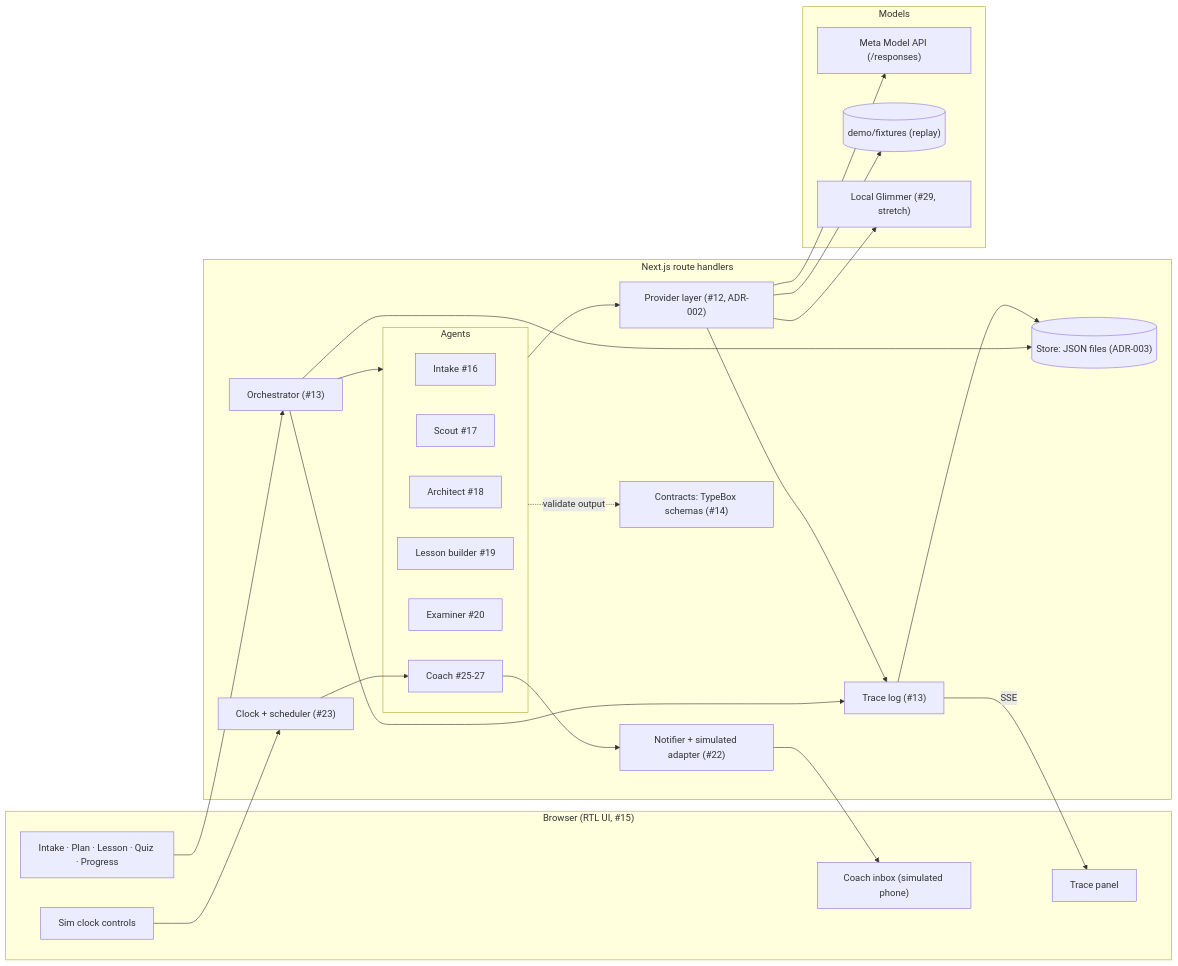
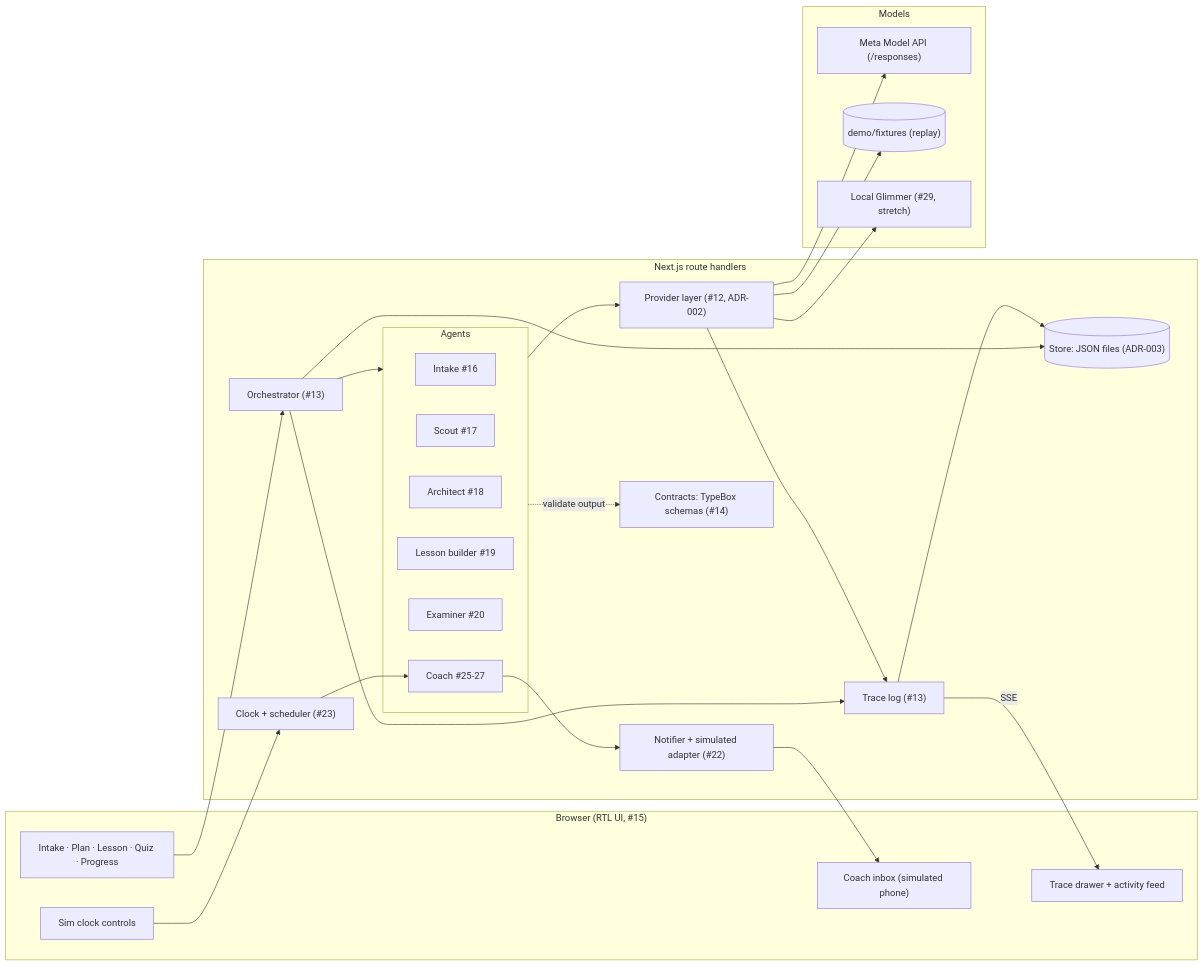
Before and after one commit to amElnagdy/curaloom-hackathon: the diagram in docs/architecture.md, drawn with Mermaid. The commit also changed other lines of this file and 62 other files, not shown here.

First line of the commit message:
RTL Arabic app shell, live activity feed and trace drawer (#15)

````diff
--- a/docs/architecture.md
+++ b/docs/architecture.md
@@ -5,50 +5,50 @@
 ```mermaid
 flowchart LR
   subgraph Browser["Browser (RTL UI, #15)"]
     Pages["Intake · Plan · Lesson · Quiz · Progress"]
     Inbox["Coach inbox (simulated phone)"]
-    TracePanel["Trace panel"]
+    TracePanel["Trace drawer + activity feed"]
     DemoBar["Sim clock controls"]
   end
 
   subgraph Server["Next.js route handlers"]
     Orch["Orchestrator (#13)"]
     subgraph Agents["Agents"]
       Intake["Intake #16"]
       Scout["Scout #17"]
       Architect["Architect #18"]
       LessonB["Lesson builder #19"]
       Examiner["Examiner #20"]
       Coach["Coach #25-27"]
     end
     Provider["Provider layer (#12, ADR-002)"]
     Store[("Store: JSON files (ADR-003)")]
     Trace["Trace log (#13)"]
     Notifier["Notifier + simulated adapter (#22)"]
     Clock["Clock + scheduler (#23)"]
     Contracts["Contracts: TypeBox schemas (#14)"]
   end
 
   subgraph Models["Models"]
     Meta["Meta Model API (/responses)"]
     Fixtures[("demo/fixtures (replay)")]
     Glimmer["Local Glimmer (#29, stretch)"]
   end
 
   Pages --> Orch
   DemoBar --> Clock
   Orch --> Agents
   Agents --> Provider
   Agents -. validate output .-> Contracts
   Provider --> Meta
   Provider --> Fixtures
   Provider --> Glimmer
   Orch --> Store
   Orch --> Trace
   Provider --> Trace
   Trace --> Store
   Trace -- SSE --> TracePanel
   Clock --> Coach
   Coach --> Notifier
   Notifier --> Inbox
 ```
````
